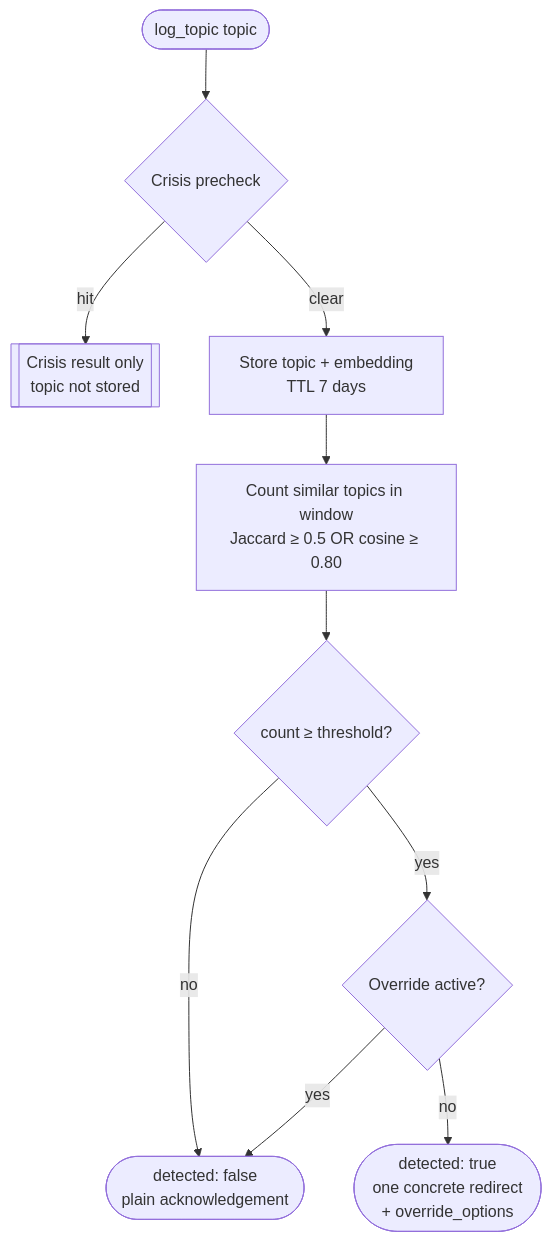
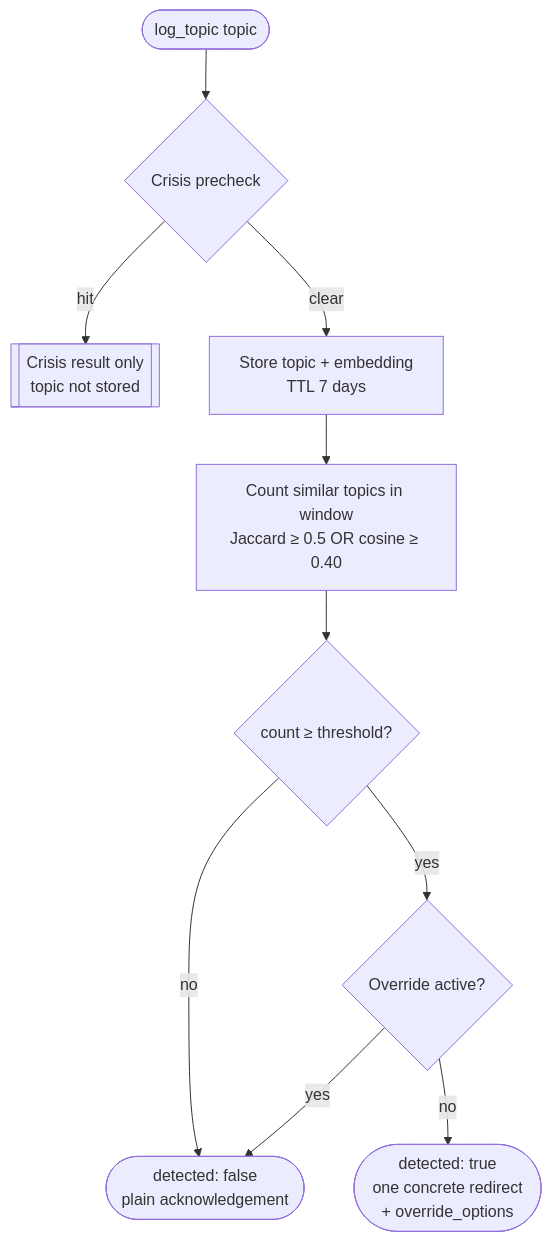
One commit to navinrc/NeuroCare changed the fifth of 11 diagrams in docs/spec.md. Above: the diagram before and after it, drawn with Mermaid. The commit also changed other lines of this file and 5 other files, not shown here.

````diff
--- a/docs/spec.md
+++ b/docs/spec.md
@@ -451,12 +451,12 @@
 ```mermaid
 flowchart TD
     IN([log_topic topic]) --> CR{Crisis precheck}
     CR -- hit --> CRISIS[[Crisis result only<br/>topic not stored]]
     CR -- clear --> STORE[Store topic + embedding<br/>TTL 7 days]
-    STORE --> COUNT[Count similar topics in window<br/>Jaccard ≥ 0.5 OR cosine ≥ 0.80]
+    STORE --> COUNT[Count similar topics in window<br/>Jaccard ≥ 0.5 OR cosine ≥ 0.40]
     COUNT --> TH{count ≥ threshold?}
     TH -- no --> PLAIN([detected: false<br/>plain acknowledgement])
     TH -- yes --> OV{Override active?}
     OV -- yes --> PLAIN
     OV -- no --> RED([detected: true<br/>one concrete redirect<br/>+ override_options])
 ```
````
